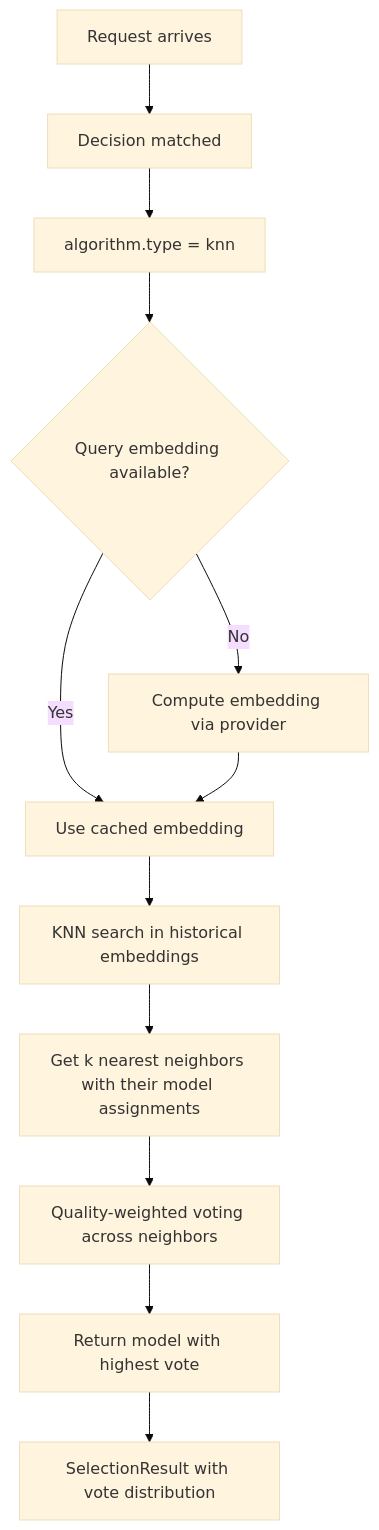
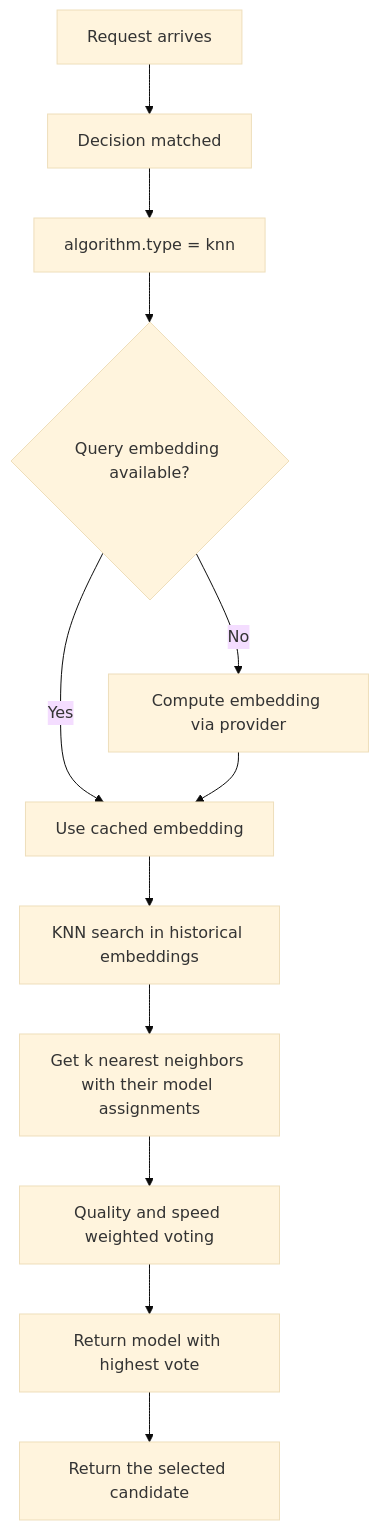
The diagram in website/docs/tutorials/algorithm/selection/knn.md (vllm-project/semantic-router), drawn with Mermaid (base theme) before and after one commit. The commit also changed other lines of this file and 1110 other files, not shown here.

````diff
--- a/website/docs/tutorials/algorithm/selection/knn.md
+++ b/website/docs/tutorials/algorithm/selection/knn.md
@@ -31,14 +39,14 @@
 ```mermaid
 flowchart TD
     A[Request arrives] --> B[Decision matched]
     B --> C[algorithm.type = knn]
     C --> D{Query embedding available?}
     D -- Yes --> E[Use cached embedding]
     D -- No --> F[Compute embedding via provider]
     F --> E
     E --> G[KNN search in historical embeddings]
     G --> H[Get k nearest neighbors with their model assignments]
-    H --> I[Quality-weighted voting across neighbors]
+    H --> I[Quality and speed weighted voting]
     I --> J[Return model with highest vote]
-    J --> K[SelectionResult with vote distribution]
+    J --> K[Return the selected candidate]
 ```
````
